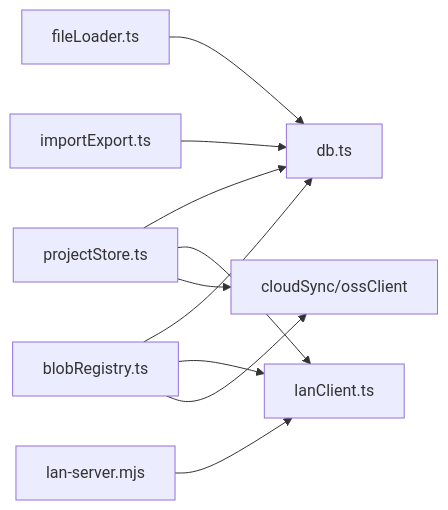
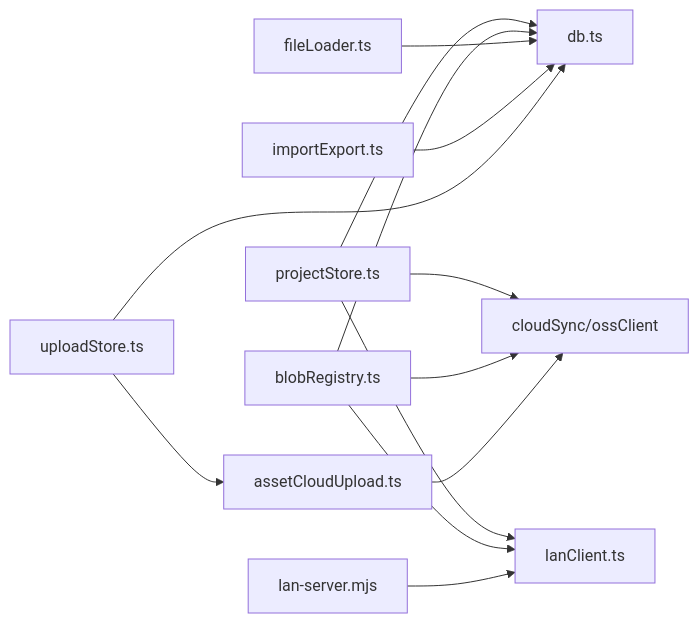
Before and after one commit to suqi-bot/SuQCanvas: the tenth of 10 diagrams in .qoder/repowiki/zh/content/数据持久化/IndexedDB 存储.md, drawn with Mermaid. The commit also changed other lines of this file and 69 other files, not shown here.

````diff
--- a/.qoder/repowiki/zh/content/数据持久化/IndexedDB 存储.md
+++ b/.qoder/repowiki/zh/content/数据持久化/IndexedDB 存储.md
@@ -295,12 +394,15 @@
 ```mermaid
 graph LR
 PS["projectStore.ts"] --> DB["db.ts"]
 PS --> LAN["lanClient.ts"]
 PS --> CLOUD["cloudSync/ossClient"]
 BR["blobRegistry.ts"] --> DB
 BR --> LAN
 BR --> CLOUD
 FL["fileLoader.ts"] --> DB
 IE["importExport.ts"] --> DB
+US["uploadStore.ts"] --> DB
+US --> ACU["assetCloudUpload.ts"]
+ACU --> CLOUD
 LAN_S["lan-server.mjs"] --> LAN
 ```
````
